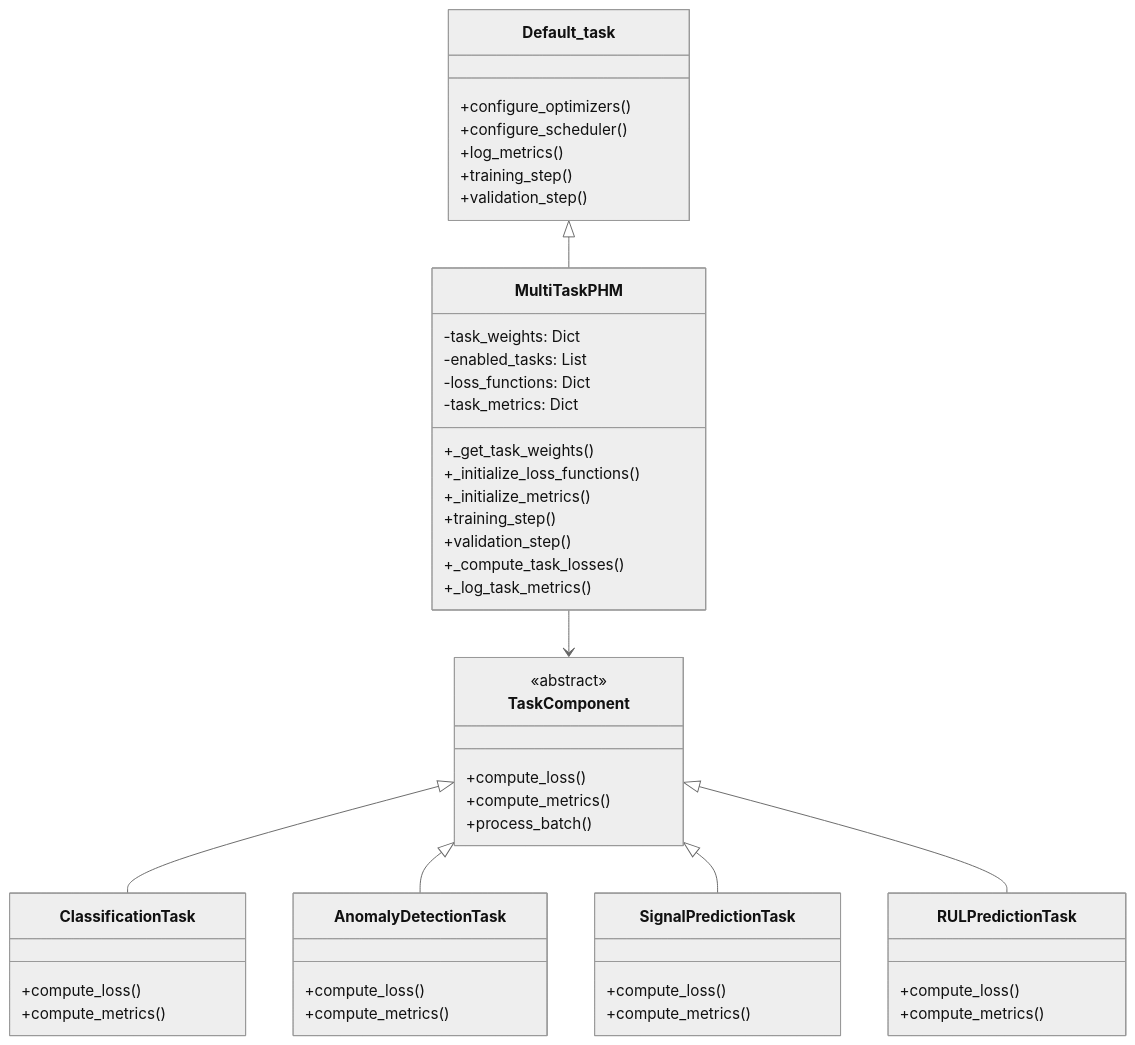
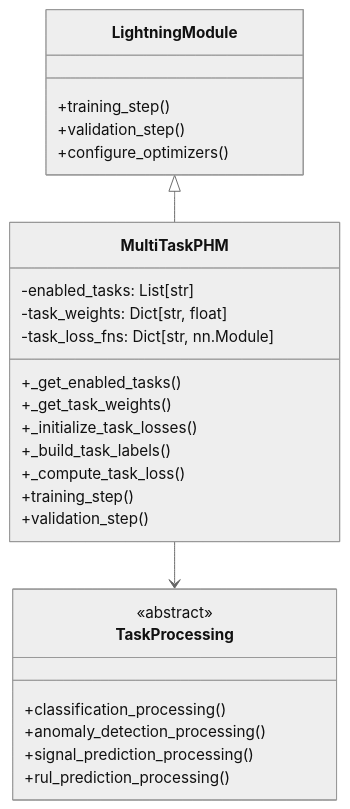
One commit to PHMbench/PHM-Vibench changed the second of 4 diagrams in .claude/specs/multi-task-refactor/design.md. Above: the diagram before and after it, drawn with Mermaid (neutral theme). The commit also changed other lines of this file and 23 other files, not shown here.

First line of the commit message:
feat: Implement multi-task PHM framework with modular task heads for classification, anomaly detection, signal prediction, and RUL prediction

````diff
--- a/.claude/specs/multi-task-refactor/design.md
+++ b/.claude/specs/multi-task-refactor/design.md
@@ -79,58 +33,32 @@
 ```mermaid
 classDiagram
-    class Default_task {
+    class LightningModule {
+        +training_step()
+        +validation_step()
         +configure_optimizers()
-        +configure_scheduler()
-        +log_metrics()
+    }
+    
+    class MultiTaskPHM {
+        -enabled_tasks: List[str]
+        -task_weights: Dict[str, float]
+        -task_loss_fns: Dict[str, nn.Module]
+        +_get_enabled_tasks()
+        +_get_task_weights()
+        +_initialize_task_losses()
+        +_build_task_labels()
+        +_compute_task_loss()
         +training_step()
         +validation_step()
     }
     
-    class MultiTaskPHM {
-        -task_weights: Dict
-        -enabled_tasks: List
-        -loss_functions: Dict
-        -task_metrics: Dict
-        +_get_task_weights()
-        +_initialize_loss_functions()
-        +_initialize_metrics()
-        +training_step()
-        +validation_step()
-        +_compute_task_losses()
-        +_log_task_metrics()
+    class TaskProcessing {
+        <<abstract>>
+        +classification_processing()
+        +anomaly_detection_processing()
+        +signal_prediction_processing()
+        +rul_prediction_processing()
     }
     
-    class TaskComponent {
-        <<abstract>>
-        +compute_loss()
-        +compute_metrics()
-        +process_batch()
-    }
-    
-    class ClassificationTask {
-        +compute_loss()
-        +compute_metrics()
-    }
-    
-    class AnomalyDetectionTask {
-        +compute_loss()
-        +compute_metrics()
-    }
-    
-    class SignalPredictionTask {
-        +compute_loss()
-        +compute_metrics()
-    }
-    
-    class RULPredictionTask {
-        +compute_loss()
-        +compute_metrics()
-    }
-    
-    Default_task <|-- MultiTaskPHM
-    TaskComponent <|-- ClassificationTask
-    TaskComponent <|-- AnomalyDetectionTask
-    TaskComponent <|-- SignalPredictionTask
-    TaskComponent <|-- RULPredictionTask
-    MultiTaskPHM --> TaskComponent
+    LightningModule <|-- MultiTaskPHM
+    MultiTaskPHM --> TaskProcessing
 ```
````
